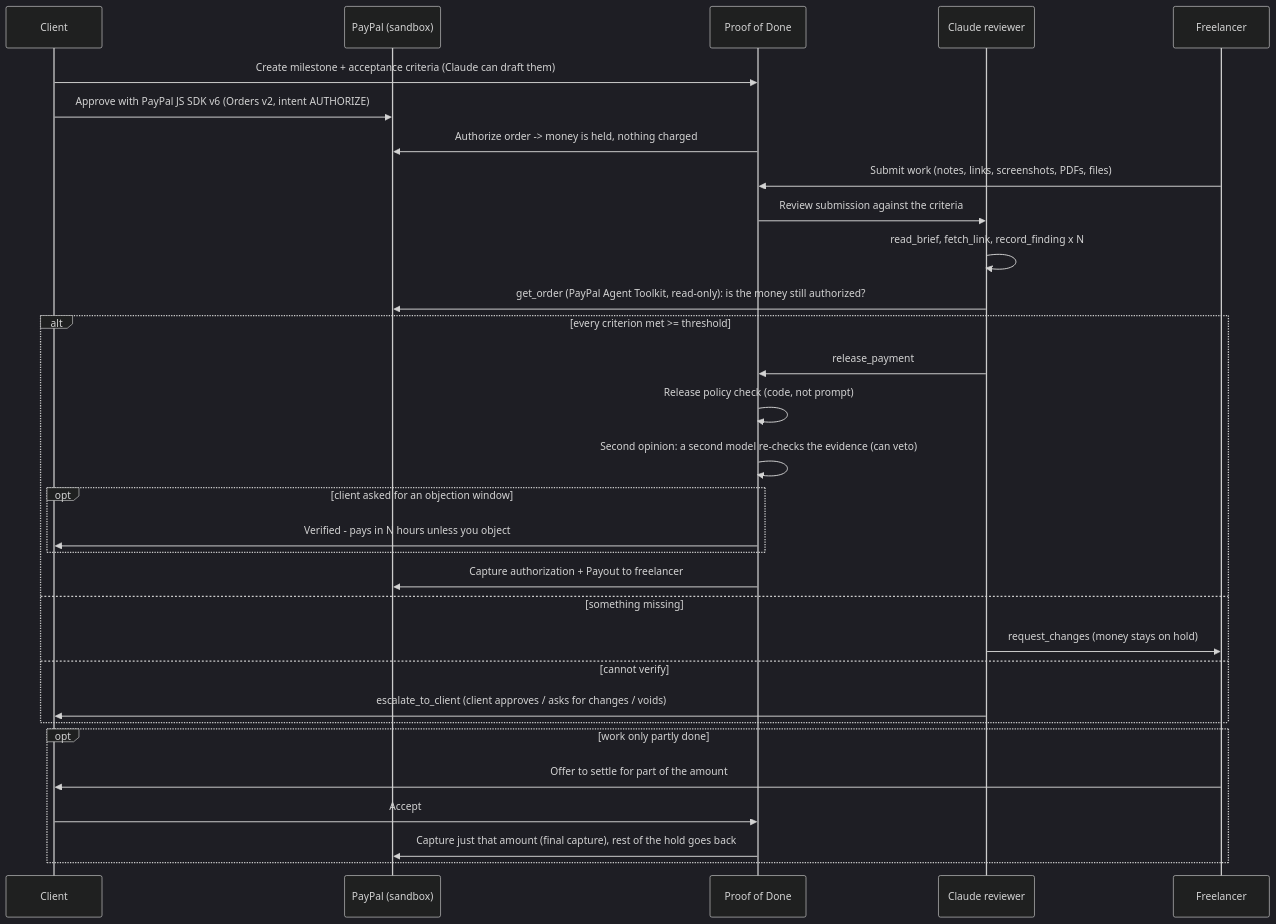
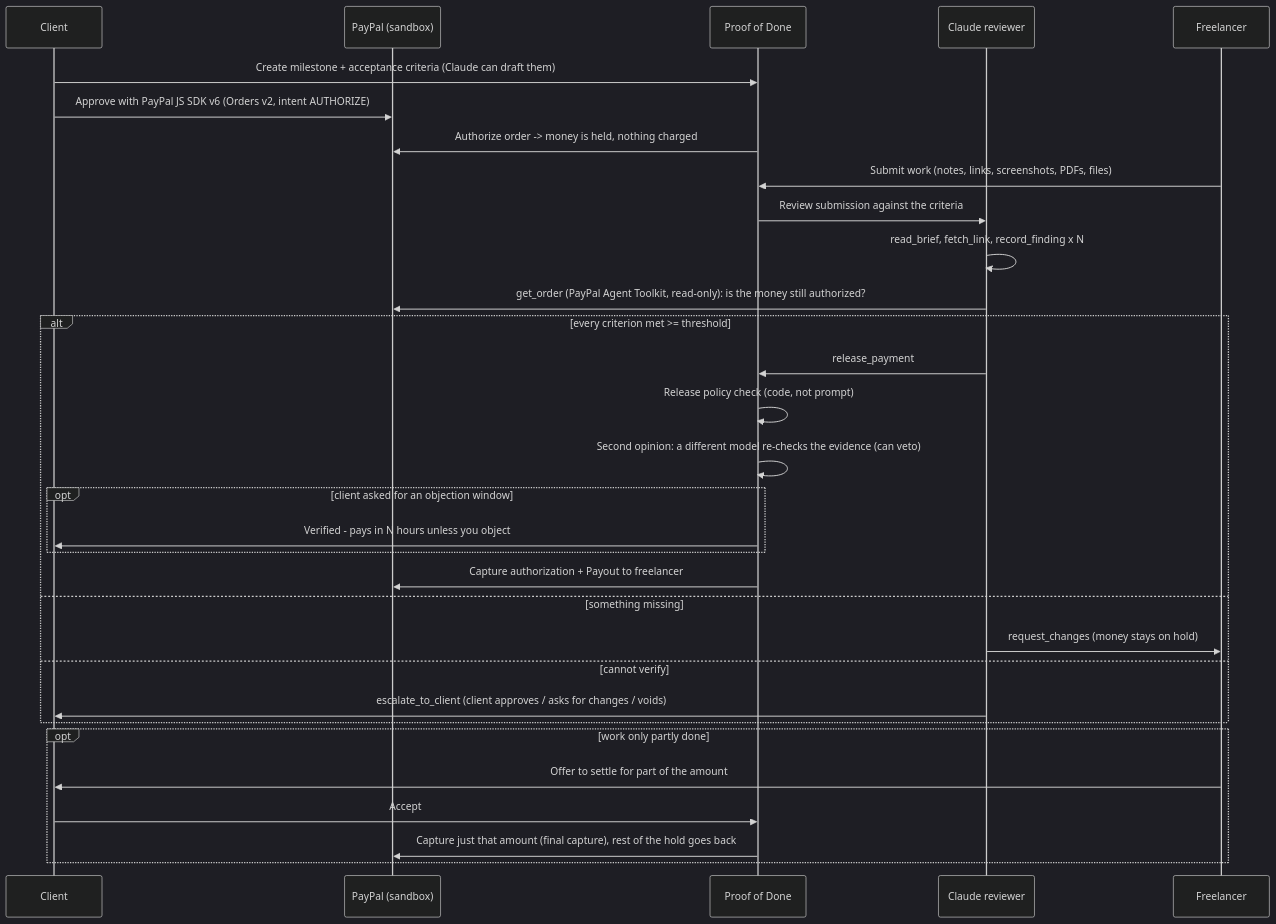
Before and after one commit to Zheny766/proof-of-done: the first of 2 diagrams in README.md, drawn with Mermaid (dark theme). The commit also changed other lines of this file and 5 other files, not shown here.

Commit message:
Sonnet as the hosted second opinion; the PayPal fingerprint and net payout checked live on the sandbox; delayed disbursement refused for this app (recorded in the README)

````diff
--- a/README.md
+++ b/README.md
@@ -83,33 +83,33 @@
 ```mermaid
 sequenceDiagram
     participant C as Client
     participant P as PayPal (sandbox)
     participant A as Proof of Done
     participant R as Claude reviewer
     participant F as Freelancer
     C->>A: Create milestone + acceptance criteria (Claude can draft them)
     C->>P: Approve with PayPal JS SDK v6 (Orders v2, intent AUTHORIZE)
     A->>P: Authorize order -> money is held, nothing charged
     F->>A: Submit work (notes, links, screenshots, PDFs, files)
     A->>R: Review submission against the criteria
     R->>R: read_brief, fetch_link, record_finding x N
     R->>P: get_order (PayPal Agent Toolkit, read-only): is the money still authorized?
     alt every criterion met >= threshold
         R->>A: release_payment
         A->>A: Release policy check (code, not prompt)
-        A->>A: Second opinion: a second model re-checks the evidence (can veto)
+        A->>A: Second opinion: a different model re-checks the evidence (can veto)
         opt client asked for an objection window
             A->>C: Verified - pays in N hours unless you object
         end
         A->>P: Capture authorization + Payout to freelancer
     else something missing
         R->>F: request_changes (money stays on hold)
     else cannot verify
         R->>C: escalate_to_client (client approves / asks for changes / voids)
     end
     opt work only partly done
         F->>C: Offer to settle for part of the amount
         C->>A: Accept
         A->>P: Capture just that amount (final capture), rest of the hold goes back
     end
 ```
````
